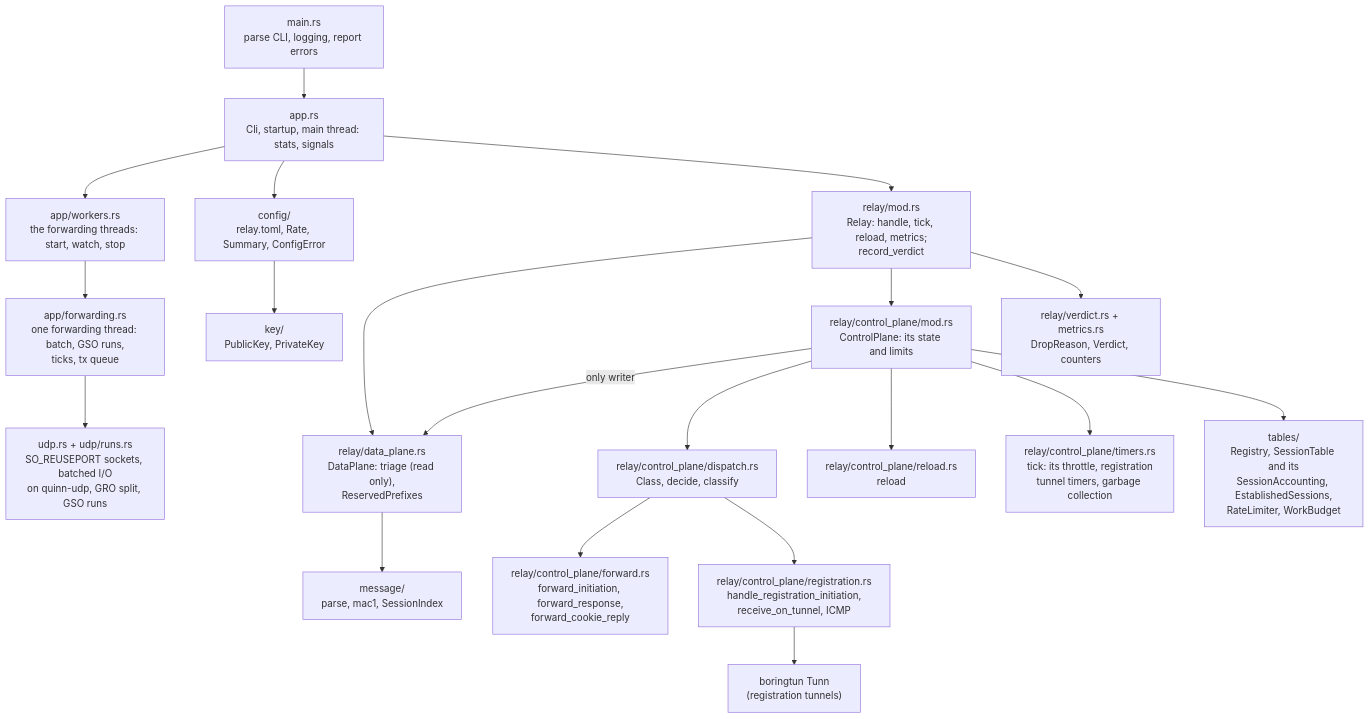
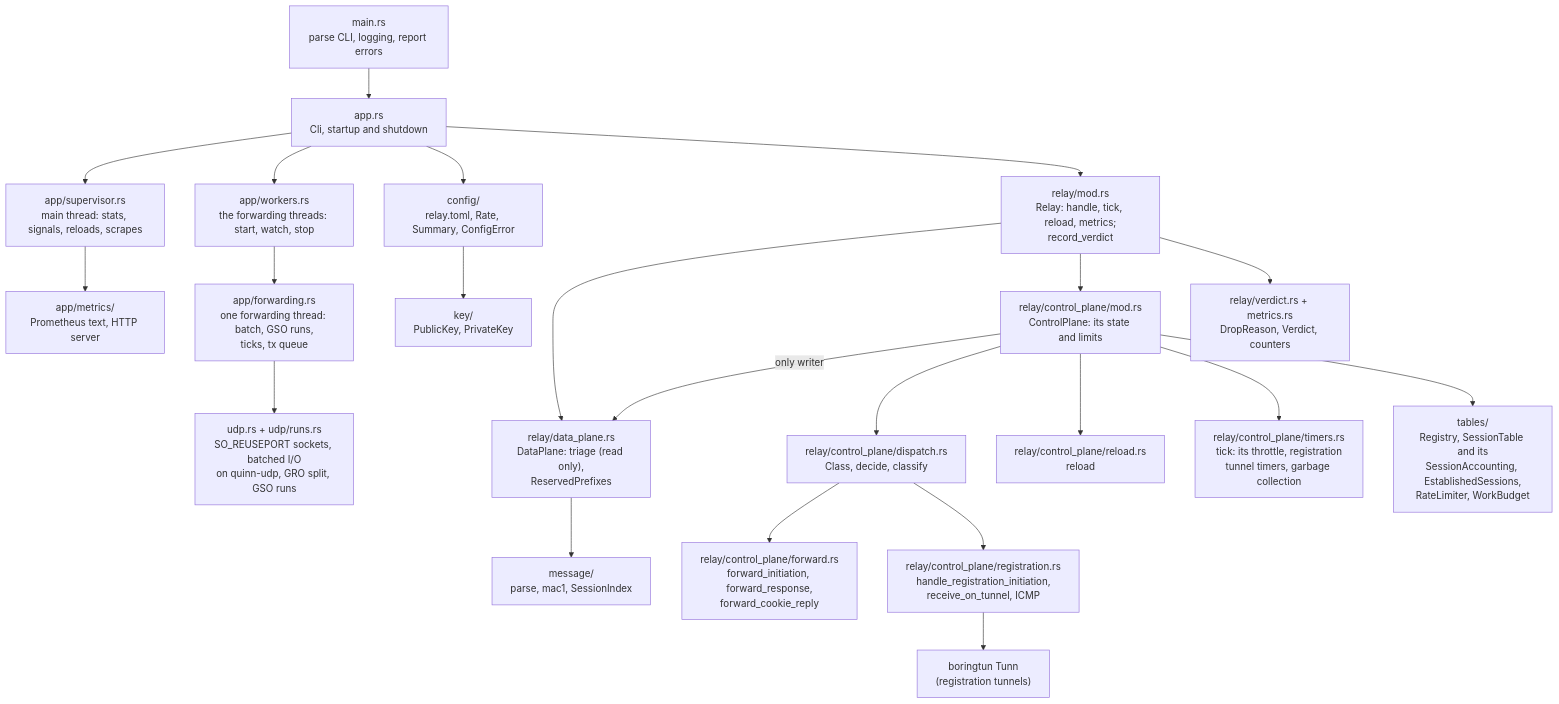
One commit to 3alpha/wg-relay changed diagram 22 of 23 in docs/how-it-works.md. Above: the diagram before and after it, drawn with Mermaid. The commit also changed other lines of this file and 48 other files, not shown here.

First line of the commit message:
feat: print the relay's peer section and serve prometheus metrics

````diff
--- a/docs/how-it-works.md
+++ b/docs/how-it-works.md
@@ -753,22 +753,24 @@
 ```mermaid
 flowchart TD
-    main["main.rs<br/>parse CLI, logging, report errors"] --> app["app.rs<br/>Cli, startup, main thread: stats, signals"]
+    main["main.rs<br/>parse CLI, logging, report errors"] --> app["app.rs<br/>Cli, startup and shutdown"]
+    app --> sup["app/supervisor.rs<br/>main thread: stats, signals, reloads, scrapes"]
+    sup --> met["app/metrics/<br/>Prometheus text, HTTP server"]
     app --> wrk["app/workers.rs<br/>the forwarding threads: start, watch, stop"]
     wrk --> loop["app/forwarding.rs<br/>one forwarding thread: batch, GSO runs,<br/>ticks, tx queue"]
     loop --> udp["udp.rs + udp/runs.rs<br/>SO_REUSEPORT sockets, batched I/O<br/>on quinn-udp, GRO split, GSO runs"]
     app --> conf["config/<br/>relay.toml, Rate, Summary, ConfigError"]
     app --> relay["relay/mod.rs<br/>Relay: handle, tick, reload, metrics;<br/>record_verdict"]
     relay --> dpl["relay/data_plane.rs<br/>DataPlane: triage (read only),<br/>ReservedPrefixes"]
     relay --> ctl["relay/control_plane/mod.rs<br/>ControlPlane: its state and limits"]
     ctl -- "only writer" --> dpl
     ctl --> dsp["relay/control_plane/dispatch.rs<br/>Class, decide, classify"]
     dsp --> fwd["relay/control_plane/forward.rs<br/>forward_initiation, forward_response,<br/>forward_cookie_reply"]
     dsp --> regm["relay/control_plane/registration.rs<br/>handle_registration_initiation,<br/>receive_on_tunnel, ICMP"]
     ctl --> rel["relay/control_plane/reload.rs<br/>reload"]
     ctl --> tmr["relay/control_plane/timers.rs<br/>tick: its throttle, registration<br/>tunnel timers, garbage collection"]
     relay --> vrd["relay/verdict.rs + metrics.rs<br/>DropReason, Verdict, counters"]
     ctl --> tbl["tables/<br/>Registry, SessionTable and its<br/>SessionAccounting, EstablishedSessions,<br/>RateLimiter, WorkBudget"]
     dpl --> msg["message/<br/>parse, mac1, SessionIndex"]
     regm --> bt["boringtun Tunn<br/>(registration tunnels)"]
     conf --> key["key/<br/>PublicKey, PrivateKey"]
 ```
````
